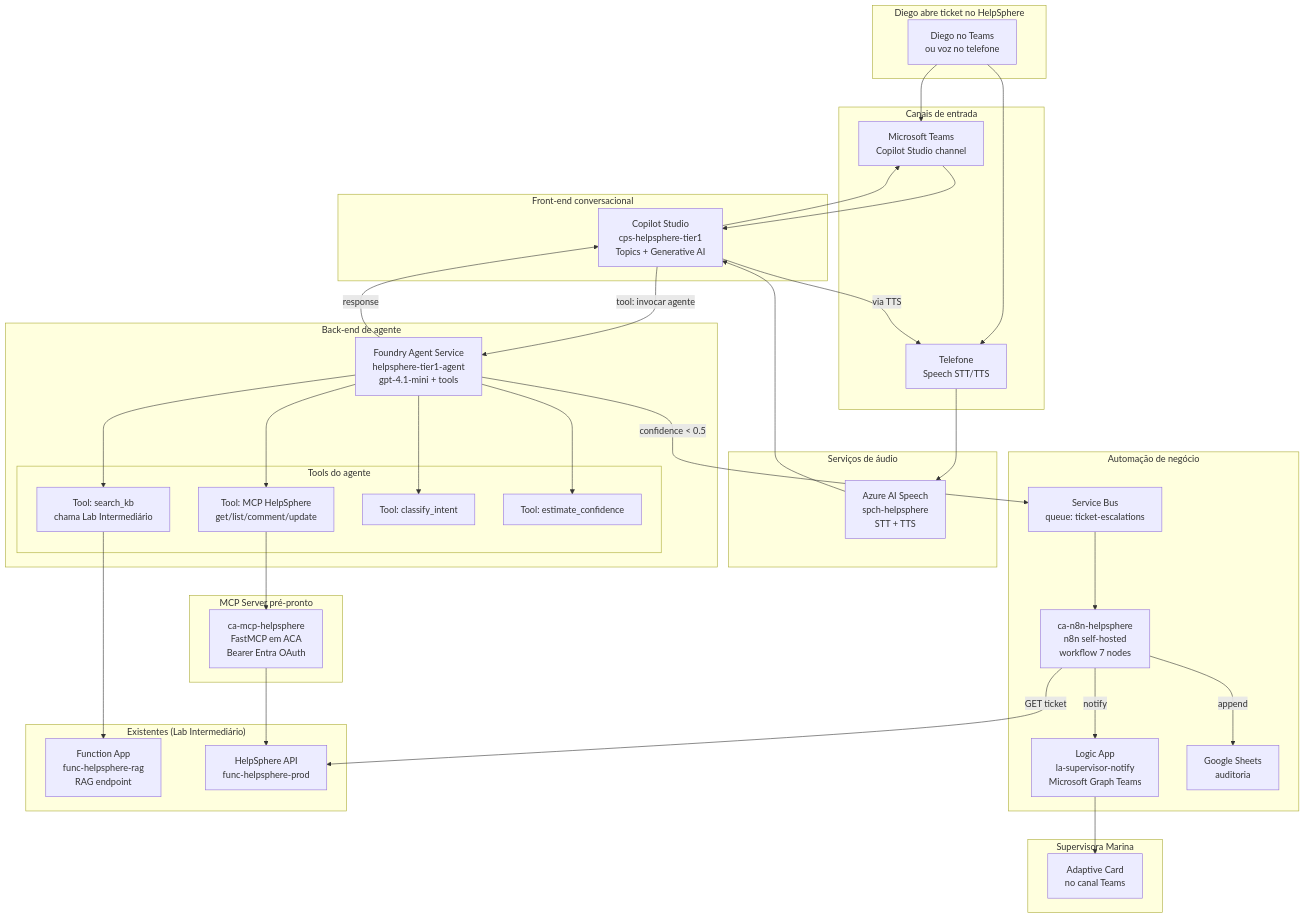
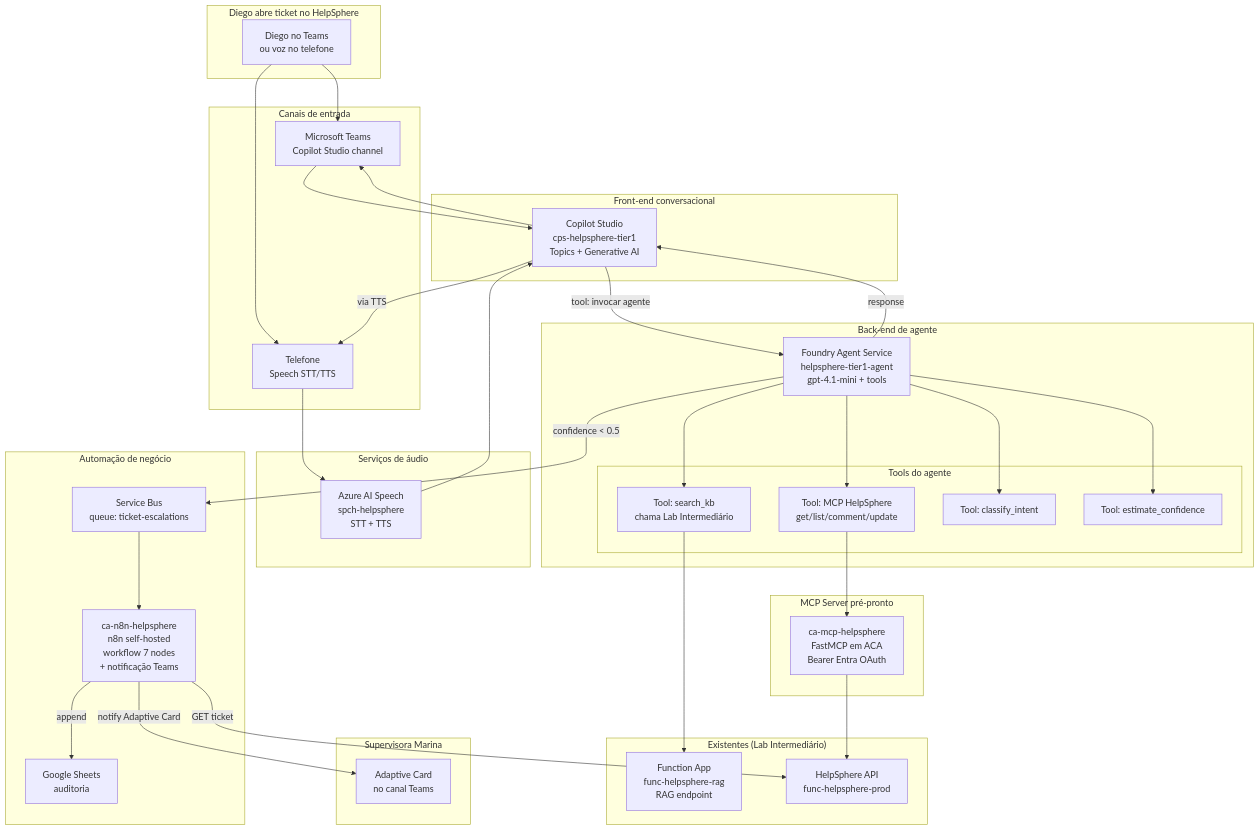
The diagram in docs/00-Lab_Final_Agente_Workflow_Guia_Portal.md (tftec-guilherme/apex-helpsphere-agente-lab), drawn with Mermaid before and after one commit. The commit also changed other lines of this file and 4 other files, not shown here.

First line of the commit message:
feat(d06-lab-final): cap 11 Bot Services opcional + Logic Apps removed + HELPSPHERE_SQL_CONNECTION howto

````diff
--- a/docs/00-Lab_Final_Agente_Workflow_Guia_Portal.md
+++ b/docs/00-Lab_Final_Agente_Workflow_Guia_Portal.md
@@ -82,73 +82,71 @@
 ```mermaid
 flowchart TB
     subgraph User["Diego abre ticket no HelpSphere"]
         DIEGO[Diego no Teams<br/>ou voz no telefone]
     end
 
     subgraph Channels["Canais de entrada"]
         TEAMS[Microsoft Teams<br/>Copilot Studio channel]
         VOICE[Telefone<br/>Speech STT/TTS]
     end
 
     subgraph CopilotStudio["Front-end conversacional"]
         CS[Copilot Studio<br/>cps-helpsphere-tier1<br/>Topics + Generative AI]
     end
 
     subgraph Foundry["Back-end de agente"]
         FA[Foundry Agent Service<br/>helpsphere-tier1-agent<br/>gpt-4.1-mini + tools]
 
         subgraph Tools["Tools do agente"]
             T1[Tool: search_kb<br/>chama Lab Intermediário]
             T2[Tool: MCP HelpSphere<br/>get/list/comment/update]
             T3[Tool: classify_intent]
             T4[Tool: estimate_confidence]
         end
     end
 
     subgraph MCP["MCP Server pré-pronto"]
         MCPSERVER[ca-mcp-helpsphere<br/>FastMCP em ACA<br/>Bearer Entra OAuth]
     end
 
     subgraph Speech["Serviços de áudio"]
         SPEECH[Azure AI Speech<br/>spch-helpsphere<br/>STT + TTS]
     end
 
     subgraph Workflow["Automação de negócio"]
         SB[Service Bus<br/>queue: ticket-escalations]
-        N8N[ca-n8n-helpsphere<br/>n8n self-hosted<br/>workflow 7 nodes]
-        LA[Logic App<br/>la-supervisor-notify<br/>Microsoft Graph Teams]
+        N8N[ca-n8n-helpsphere<br/>n8n self-hosted<br/>workflow 7 nodes<br/>+ notificação Teams]
         SHEETS[Google Sheets<br/>auditoria]
     end
 
     subgraph Existing["Existentes (Lab Intermediário)"]
         RAG[Function App<br/>func-helpsphere-rag<br/>RAG endpoint]
         HSAPI[HelpSphere API<br/>func-helpsphere-prod]
     end
 
     subgraph Marina["Supervisora Marina"]
         TEAMS_MARINA[Adaptive Card<br/>no canal Teams]
     end
 
     DIEGO --> TEAMS
     DIEGO --> VOICE
     VOICE --> SPEECH
     SPEECH --> CS
     TEAMS --> CS
     CS -->|tool: invocar agente| FA
     FA --> T1 --> RAG
     FA --> T2
     T2 --> MCPSERVER
     MCPSERVER --> HSAPI
     FA --> T3
     FA --> T4
     FA -->|confidence < 0.5| SB
     FA -->|response| CS
     CS -->|via TTS| VOICE
     CS --> TEAMS
 
     SB --> N8N
     N8N -->|GET ticket| HSAPI
-    N8N -->|notify| LA
-    LA --> TEAMS_MARINA
+    N8N -->|notify Adaptive Card| TEAMS_MARINA
     N8N -->|append| SHEETS
 ```
````
